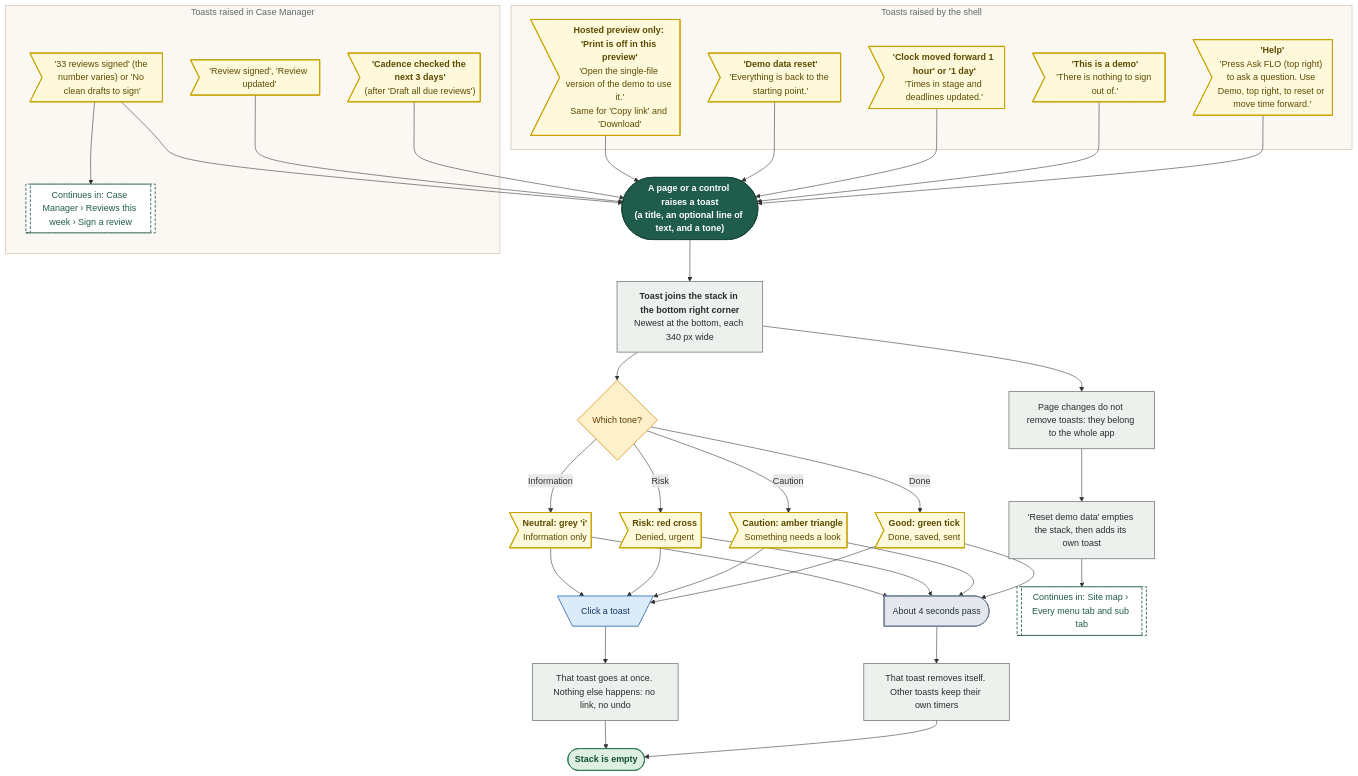
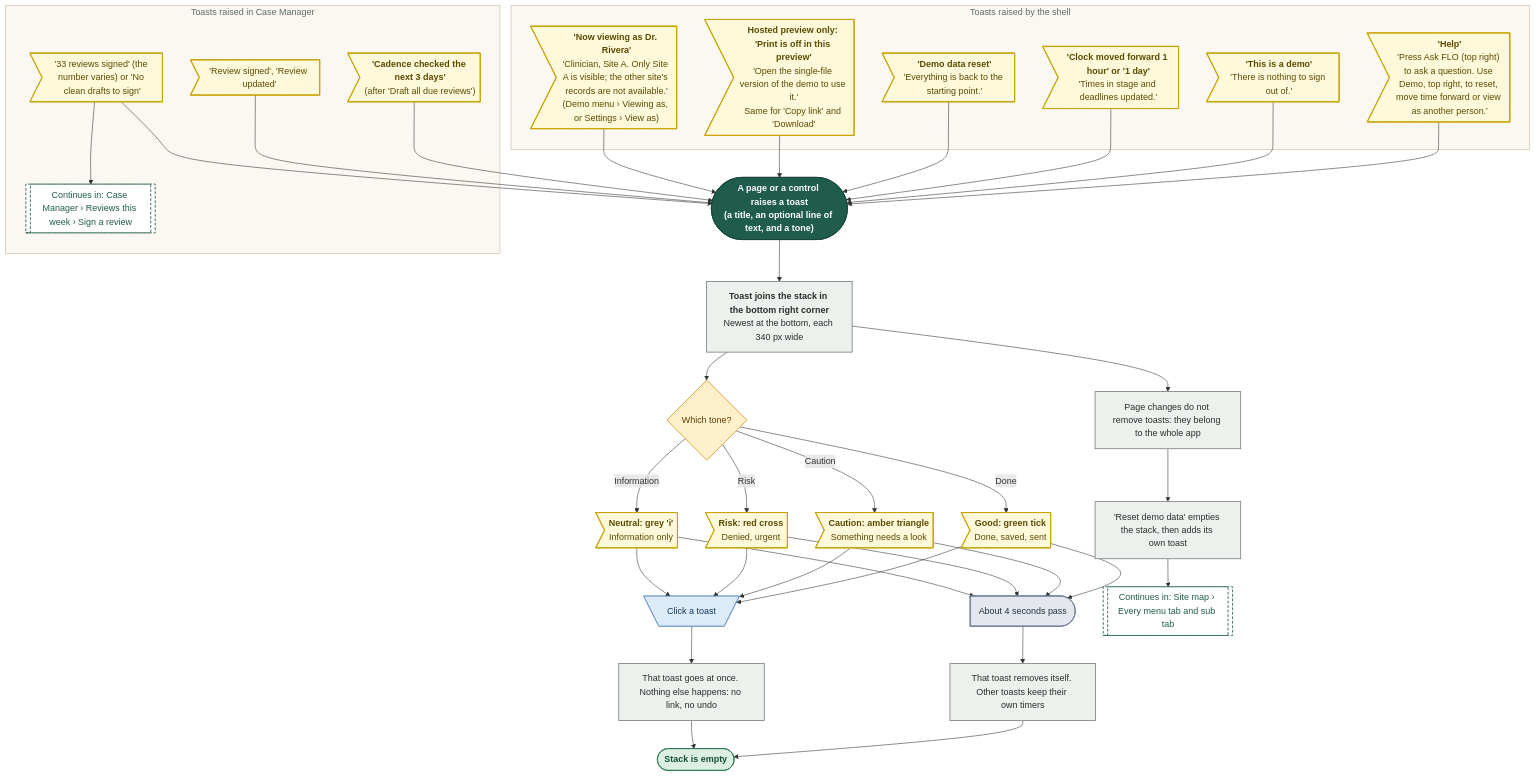
One commit to Shrav143/psyfloapp changed diagram 18 of 18 in demos/prior-auth-demo/workflows/out/md/01-global-shell.md. Above: the diagram before and after it, drawn with Mermaid. The commit also changed other lines of this file and 251 other files, not shown here.

First line of the commit message:
docs: rebuild the workflow diagrams (291) for round 4

````diff
--- a/demos/prior-auth-demo/workflows/out/md/01-global-shell.md
+++ b/demos/prior-auth-demo/workflows/out/md/01-global-shell.md
@@ -1219,71 +1389,72 @@
 ```mermaid
 %%{init: {"theme":"base","themeVariables":{"fontFamily":"'DM Sans', 'Segoe UI', system-ui, sans-serif","fontSize":"15px","lineColor":"#5B6B63","primaryTextColor":"#1C2B25","clusterBkg":"#FBF8F3","clusterBorder":"#D9CDBB","edgeLabelBackground":"#FFFFFF"},"flowchart":{"curve":"basis","nodeSpacing":36,"rankSpacing":48,"padding":12,"htmlLabels":true,"useMaxWidth":false,"wrappingWidth":230}} }%%
 flowchart TD
   classDef k_start fill:#1F5C4B,stroke:#174638,color:#FFFFFF,stroke-width:1.5px,font-weight:600
   classDef k_end fill:#DDEFE3,stroke:#2E7D4F,color:#14502F,stroke-width:1.5px,font-weight:600
   classDef k_endx fill:#FBE3E0,stroke:#C0392B,color:#7A1F16,stroke-width:1.5px,font-weight:600
   classDef k_screen fill:#FFFDF8,stroke:#1F5C4B,color:#1C2B25,stroke-width:2px
   classDef k_overlay fill:#F1F7F3,stroke:#1F5C4B,color:#1C2B25,stroke-width:2px,stroke-dasharray:5 3
   classDef k_click fill:#DCEBFA,stroke:#2F6DB5,color:#12365F,stroke-width:1.5px
   classDef k_input fill:#E4E7FF,stroke:#4C5FD5,color:#1D2670,stroke-width:1.5px
   classDef k_process fill:#EEF0EE,stroke:#7A857F,color:#26302B,stroke-width:1.5px
   classDef k_agent fill:#EEE5FA,stroke:#7A4FC2,color:#341A63,stroke-width:1.5px
   classDef k_decision fill:#FFF0CC,stroke:#D9962B,color:#5C3B00,stroke-width:1.5px
   classDef k_store fill:#D5F0EA,stroke:#1C8E7B,color:#0B4A3F,stroke-width:1.5px
   classDef k_doc fill:#F6E9DC,stroke:#B07A4C,color:#4A2E14,stroke-width:1.5px
   classDef k_ext fill:#FFE6D2,stroke:#E07B39,color:#6B2F06,stroke-width:1.5px
   classDef k_wait fill:#E4E8EE,stroke:#6B7C93,color:#26303D,stroke-width:1.5px
   classDef k_toast fill:#FFF9DB,stroke:#C9A400,color:#5A4A00,stroke-width:1.5px
   classDef k_goto fill:#FFFFFF,stroke:#1F5C4B,color:#1F5C4B,stroke-width:1.5px,stroke-dasharray:5 3
   s1@{ shape: stadium, label: "<b>A page or a control raises a toast</b><br/>(a title, an optional line of text, and a tone)" }
   p1@{ shape: rect, label: "<b>Toast joins the stack in the bottom right corner</b><br/>Newest at the bottom, each 340 px wide" }
   d1@{ shape: diam, label: "Which tone?" }
   t1@{ shape: odd, label: "<b>Good: green tick</b><br/>Done, saved, sent" }
   t2@{ shape: odd, label: "<b>Caution: amber triangle</b><br/>Something needs a look" }
   t3@{ shape: odd, label: "<b>Risk: red cross</b><br/>Denied, urgent" }
   t4@{ shape: odd, label: "<b>Neutral: grey 'i'</b><br/>Information only" }
   w1@{ shape: delay, label: "About 4 seconds pass" }
   p2@{ shape: rect, label: "That toast removes itself. Other toasts keep their own timers" }
   c1@{ shape: trap-t, label: "Click a toast" }
   p3@{ shape: rect, label: "That toast goes at once. Nothing else happens: no link, no undo" }
   p4@{ shape: rect, label: "Page changes do not remove toasts: they belong to the whole app" }
   p5@{ shape: rect, label: "'Reset demo data' empties the stack, then adds its own toast" }
   e1@{ shape: stadium, label: "Stack is empty" }
   subgraph gShell ["Toasts raised by the shell"]
-  s2@{ shape: odd, label: "<b>'Help'</b><br/>'Press Ask FLO (top right) to ask a question. Use Demo, top right, to reset or move time forward.'" }
+  s2@{ shape: odd, label: "<b>'Help'</b><br/>'Press Ask FLO (top right) to ask a question. Use Demo, top right, to reset, move time forward or view as another person.'" }
   s3@{ shape: odd, label: "<b>'This is a demo'</b><br/>'There is nothing to sign out of.'" }
   s4@{ shape: odd, label: "<b>'Clock moved forward 1 hour' or '1 day'</b><br/>'Times in stage and deadlines updated.'" }
+  s7@{ shape: odd, label: "<b>'Now viewing as Dr. Rivera'</b><br/>'Clinician, Site A. Only Site A is visible; the other site's records are not available.'<br/>(Demo menu › Viewing as, or Settings › View as)" }
   s5@{ shape: odd, label: "<b>'Demo data reset'</b><br/>'Everything is back to the starting point.'" }
   s6@{ shape: odd, label: "<b>Hosted preview only: 'Print is off in this preview'</b><br/>'Open the single-file version of the demo to use it.'<br/>Same for 'Copy link' and 'Download'" }
   end
   subgraph gMgr ["Toasts raised in Case Manager"]
   m1@{ shape: odd, label: "<b>'Cadence checked the next 3 days'</b><br/>(after 'Draft all due reviews')" }
   m2@{ shape: odd, label: "'Review signed', 'Review updated'" }
   m3@{ shape: odd, label: "'33 reviews signed' (the number varies) or 'No clean drafts to sign'" }
   g1@{ shape: subproc, label: "Continues in: Case Manager › Reviews this week › Sign a review" }
   end
   g2@{ shape: subproc, label: "Continues in: Site map › Every menu tab and sub tab" }
   s1 --> p1 --> d1
   d1 -->|"Done"| t1
   d1 -->|"Caution"| t2
   d1 -->|"Risk"| t3
   d1 -->|"Information"| t4
   t1 & t2 & t3 & t4 --> w1 --> p2 --> e1
   t1 & t2 & t3 & t4 --> c1 --> p3 --> e1
   p1 --> p4
   p4 --> p5
-  s2 & s3 & s4 & s5 & s6 --> s1
+  s2 & s3 & s4 & s5 & s6 & s7 --> s1
   m1 & m2 & m3 --> s1
   m3 --> g1
   p5 --> g2
   class s1 k_start
   class p1,p2,p3,p4,p5 k_process
   class d1 k_decision
-  class t1,t2,t3,t4,s2,s3,s4,s5,s6,m1,m2,m3 k_toast
+  class t1,t2,t3,t4,s2,s3,s4,s7,s5,s6,m1,m2,m3 k_toast
   class w1 k_wait
   class c1 k_click
   class e1 k_end
   class g1,g2 k_goto
   style gShell fill:#FBF8F3,stroke:#D9CDBB,stroke-width:1.5px,color:#5B6B63
   style gMgr fill:#FBF8F3,stroke:#D9CDBB,stroke-width:1.5px,color:#5B6B63
 ```
````
